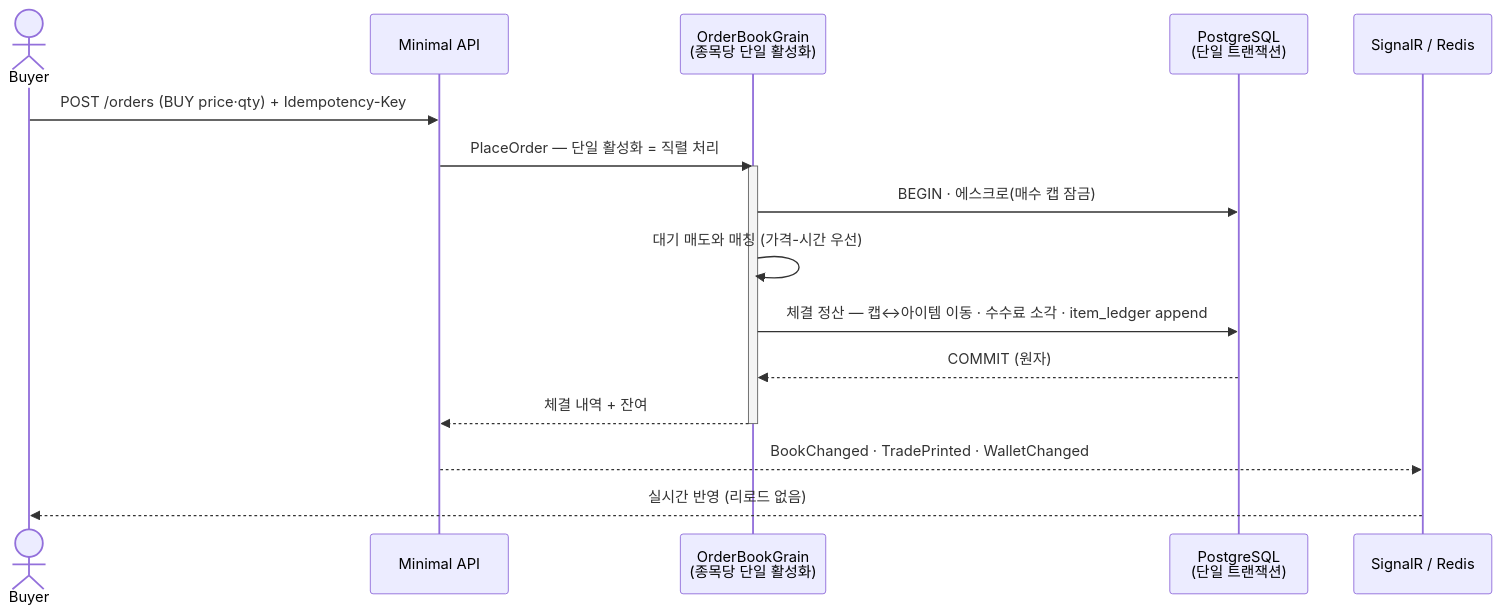
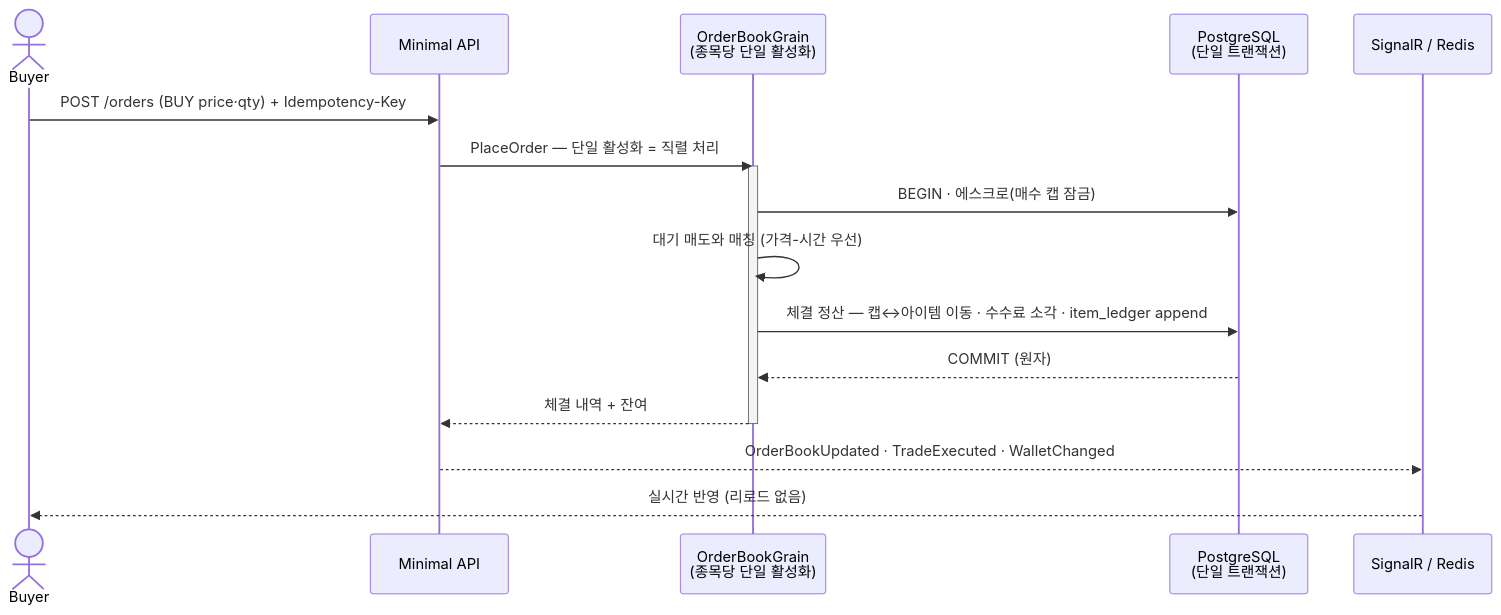
One commit to HanHyunsoo/ItemMarket changed the second of 4 diagrams in README.md. Above: the diagram before and after it, drawn with Mermaid.

Commit message:
docs(readme): 매칭 시퀀스 다이어그램의 SignalR 이벤트명 실제와 일치
README 매칭·정산 시퀀스(mermaid)가 실시간 이벤트를 BookChanged·TradePrinted로 표기했으나 실제
발행/계약은 OrderBookUpdated·TradeExecuted다(MarketNotifier·realtime-contract). 코드·계약과 일치시킴.

````diff
--- a/README.md
+++ b/README.md
@@ -110,20 +110,20 @@
 ```mermaid
 sequenceDiagram
   actor Buyer
   participant API as Minimal API
   participant OB as OrderBookGrain<br/>(종목당 단일 활성화)
   participant DB as PostgreSQL<br/>(단일 트랜잭션)
   participant Hub as SignalR / Redis
 
   Buyer->>API: POST /orders (BUY price·qty) + Idempotency-Key
   API->>OB: PlaceOrder — 단일 활성화 = 직렬 처리
   activate OB
   OB->>DB: BEGIN · 에스크로(매수 캡 잠금)
   OB->>OB: 대기 매도와 매칭 (가격-시간 우선)
   OB->>DB: 체결 정산 — 캡↔아이템 이동 · 수수료 소각 · item_ledger append
   DB-->>OB: COMMIT (원자)
   OB-->>API: 체결 내역 + 잔여
   deactivate OB
-  API-->>Hub: BookChanged · TradePrinted · WalletChanged
+  API-->>Hub: OrderBookUpdated · TradeExecuted · WalletChanged
   Hub-->>Buyer: 실시간 반영 (리로드 없음)
 ```
````
